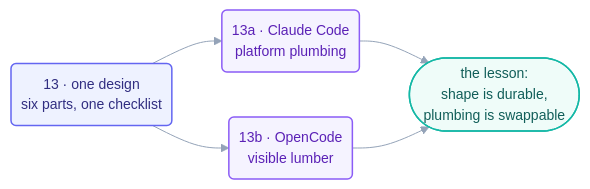
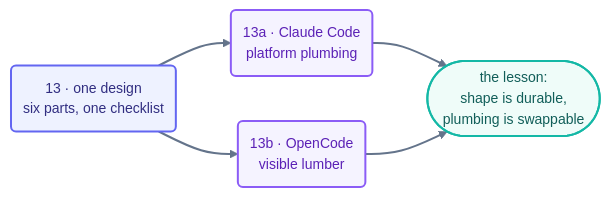
One commit to ayeshakhalid192007-dev/LoopEngineering-CrashCourse changed the diagram in docs/07-part-5-complete-loop/README.md. Above: the diagram before and after it, drawn with Mermaid. The commit also changed 66 other files, not shown here.

First line of the commit message:
docs(diagrams): bolden and unify all 70 mermaid diagrams

````diff
--- a/docs/07-part-5-complete-loop/README.md
+++ b/docs/07-part-5-complete-loop/README.md
@@ -17,10 +17,11 @@
 ```mermaid
-%%{init: {'theme':'base','themeVariables':{'fontFamily':'ui-sans-serif, system-ui, sans-serif','fontSize':'14px','lineColor':'#94a3b8'},'flowchart':{'curve':'basis','nodeSpacing':45,'rankSpacing':50,'padding':10}}}%%
+%%{init: {'theme':'base','themeVariables':{'fontFamily':'ui-sans-serif, system-ui, sans-serif','fontSize':'14px','lineColor':'#64748b','edgeLabelBackground':'#f8fafc'},'flowchart':{'curve':'basis','nodeSpacing':45,'rankSpacing':55,'padding':12}}}%%
 flowchart LR
     D("13 · one design<br/>six parts, one checklist"):::step --> A("13a · Claude Code<br/>platform plumbing"):::tool
     D --> B("13b · OpenCode<br/>visible lumber"):::tool
     A & B --> L(["the lesson:<br/>shape is durable,<br/>plumbing is swappable"]):::win
-    classDef step fill:#eef2ff,stroke:#6366f1,stroke-width:1.5px,color:#312e81;
-    classDef tool fill:#f5f3ff,stroke:#8b5cf6,stroke-width:1.5px,color:#5b21b6;
-    classDef win fill:#effcf9,stroke:#14b8a6,stroke-width:1.5px,color:#115e59;
+    linkStyle default stroke:#64748b,stroke-width:2px;
+    classDef step fill:#eef2ff,stroke:#6366f1,stroke-width:2px,color:#312e81;
+    classDef tool fill:#f5f3ff,stroke:#8b5cf6,stroke-width:2px,color:#5b21b6;
+    classDef win fill:#effcf9,stroke:#14b8a6,stroke-width:2px,color:#115e59;
 ```
````
